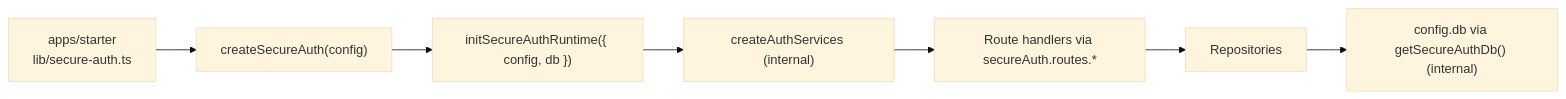
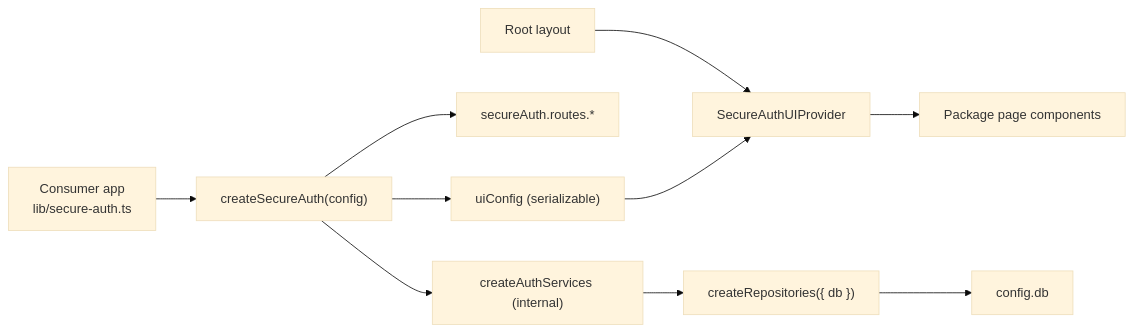
Before and after one commit to tgoliveira11/next-secure-auth-starter: the diagram in docs/architecture.md, drawn with Mermaid (base theme). The commit also changed other lines of this file and 192 other files, not shown here.

First line of the commit message:
Release secure-auth v0.1.2-internal with UI provider and factory DI.

````diff
--- a/docs/architecture.md
+++ b/docs/architecture.md
@@ -51,9 +30,12 @@
 ```mermaid
 flowchart LR
-  App["apps/starter\nlib/secure-auth.ts"] --> Factory["createSecureAuth(config)"]
-  Factory --> Runtime["initSecureAuthRuntime({ config, db })"]
-  Runtime --> Services["createAuthServices (internal)"]
-  Services --> Handlers["Route handlers via secureAuth.routes.*"]
-  Handlers --> Repos["Repositories"]
-  Repos --> DB["config.db via getSecureAuthDb() (internal)"]
+  App["Consumer app\nlib/secure-auth.ts"] --> Factory["createSecureAuth(config)"]
+  Factory --> UIConfig["uiConfig (serializable)"]
+  Factory --> Routes["secureAuth.routes.*"]
+  Factory --> Services["createAuthServices (internal)"]
+  Services --> Repos["createRepositories({ db })"]
+  Repos --> DB["config.db"]
+  Layout["Root layout"] --> Provider["SecureAuthUIProvider"]
+  UIConfig --> Provider
+  Provider --> Pages["Package page components"]
 ```
````
